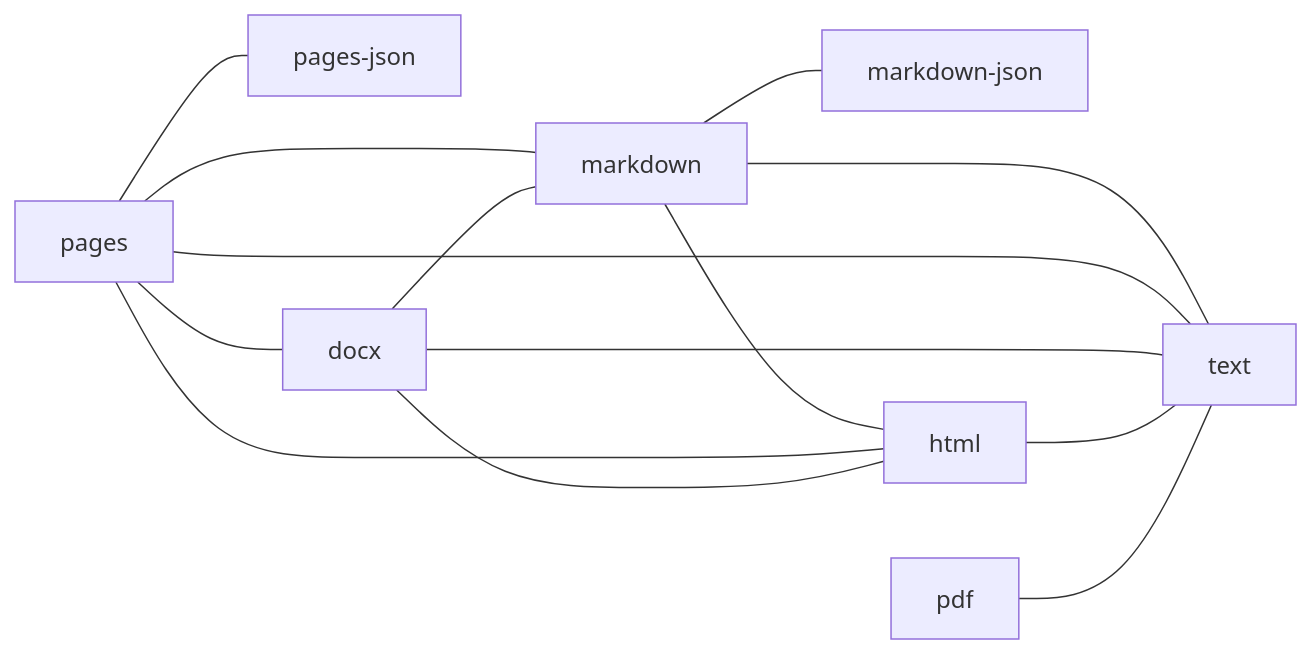
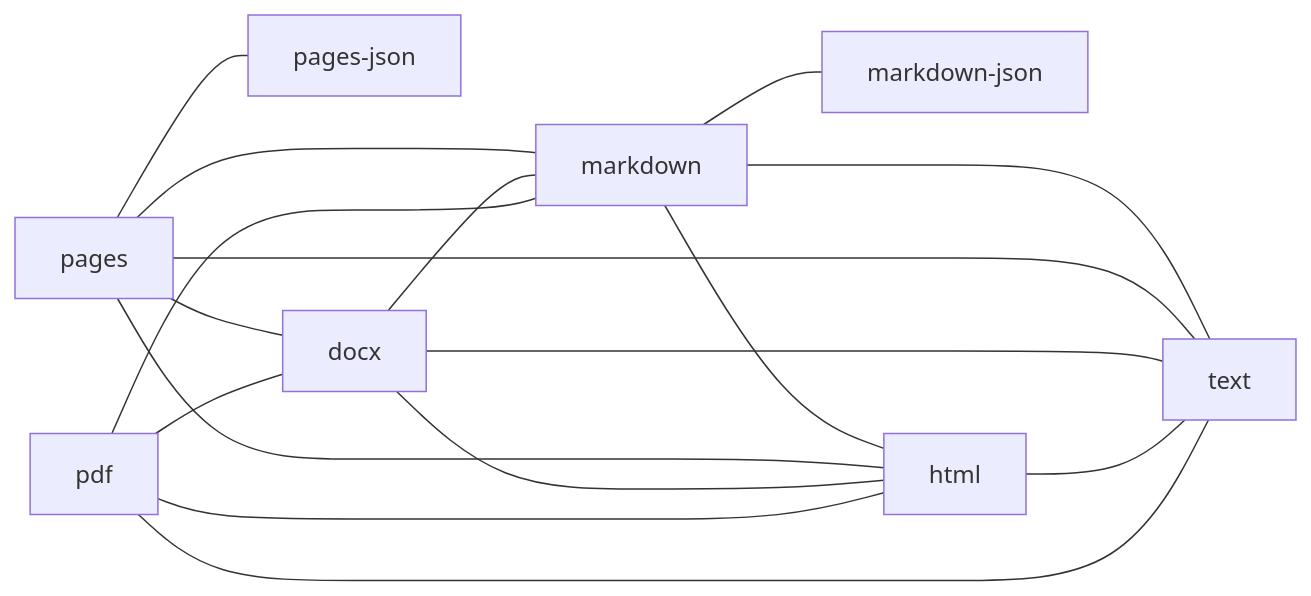
Before and after one commit to Chimi6/Sublime: the second of 4 diagrams in DOCS/FORMATS.md, drawn with Mermaid. The commit also changed other lines of this file and 24 other files, not shown here.

Commit message:
feat: PDF to Markdown, HTML, and Word, with headings and lists from the type

````diff
--- a/DOCS/FORMATS.md
+++ b/DOCS/FORMATS.md
@@ -42,18 +42,21 @@
 ```mermaid
 graph LR
   markdown_json["markdown-json"]
   pages_json["pages-json"]
   markdown --- html
   markdown --- text
   markdown --- markdown_json
   pages --- pages_json
   pages --- docx
   pages --- markdown
   pages --- html
   pages --- text
   docx --- markdown
   docx --- html
   docx --- text
   html --- text
   pdf --- text
+  pdf --- markdown
+  pdf --- html
+  pdf --- docx
 ```
````
